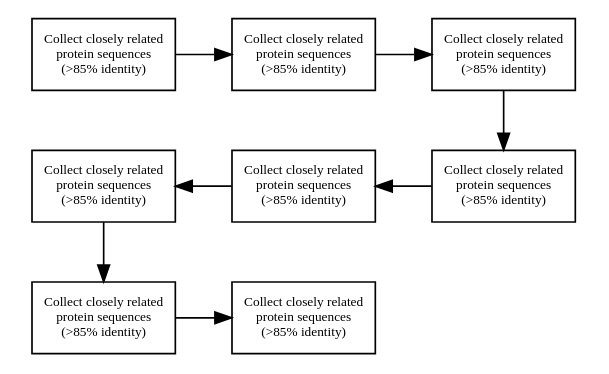
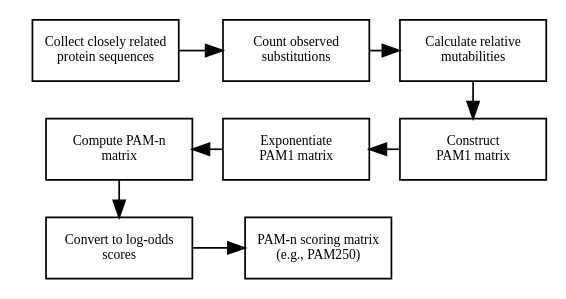
One commit to munch-group/bioinformatics changed the second of 2 diagrams in content/chapters/bioinformatics/protein_substitution_matrices.qmd. Above: the diagram before and after it, drawn with Graphviz. The commit also changed other lines of this file and 1 other file, not shown here.

````diff
--- a/content/chapters/bioinformatics/protein_substitution_matrices.qmd
+++ b/content/chapters/bioinformatics/protein_substitution_matrices.qmd
@@ -159,31 +200,33 @@
 ```{dot}
 //| echo: false
-//} label: fig-pam-construction
+//| label: fig-pam-construct
 //| fig-cap: "PAM matrix construction workflow. Starting from closely related sequences (>85% identity), substitution counts are collected and normalized to build the PAM1 mutation probability matrix. Matrix exponentiation extrapolates to longer evolutionary distances."
-//| fig-width: 7
+//| fig-width: 6
+//| fig-height: 4
 //| fig-format: svg
-//| classes: styled-output
 digraph so 
 {
+    ranksep=0.3;
+    margin="0.1,0.2";
     node[ shape = box fontsize="8pt" ];
 
-    1 [fixedsize=shape width=1.2 height=0.6 label="Collect closely related\nprotein sequences\n(>85% identity)"];
-    2 [fixedsize=shape width=1.2 height=0.6 label="Collect closely related\nprotein sequences\n(>85% identity)"];
-    3 [fixedsize=shape width=1.2 height=0.6 label="Collect closely related\nprotein sequences\n(>85% identity)"];
-    4 [fixedsize=shape width=1.2 height=0.6 label="Collect closely related\nprotein sequences\n(>85% identity)"];
-    5 [fixedsize=shape width=1.2 height=0.6 label="Collect closely related\nprotein sequences\n(>85% identity)"];
-    6 [fixedsize=shape width=1.2 height=0.6 label="Collect closely related\nprotein sequences\n(>85% identity)"];
-    7 [fixedsize=shape width=1.2 height=0.6 label="Collect closely related\nprotein sequences\n(>85% identity)"];
-    8 [fixedsize=shape width=1.2 height=0.6 label="Collect closely related\nprotein sequences\n(>85% identity)"];
+    1 [fixedsize=shape width=1.2 height=0.5 label="Collect closely related\nprotein sequences"];
+    2 [fixedsize=shape width=1.2 height=0.5 label="Count observed\nsubstitutions"];
+    3 [fixedsize=shape width=1.2 height=0.5 label="Calculate relative\nmutabilities"];
+    4 [fixedsize=shape width=1.2 height=0.5 label="Construct\nPAM1 matrix"];
+    5 [fixedsize=shape width=1.2 height=0.5 label="Exponentiate\nPAM1 matrix"];
+    6 [fixedsize=shape width=1.2 height=0.5 label="Compute PAM-n\nmatrix"];
+    7 [fixedsize=shape width=1.2 height=0.5 label="Convert to log-odds\nscores"];
+    8 [fixedsize=shape width=1.2 height=0.5 label="PAM-n scoring matrix\n(e.g., PAM250)"];
 
     { rank = same; 1 2 3 }
     { rank = same; 6 5 4 }
     { rank = same; 7 8 }
 
     1 -> 2 -> 3;
     3 -> 4;
     6 -> 5 -> 4 [ dir = back ];
     6 -> 7;
     7 -> 8;
 }
 ```
````
